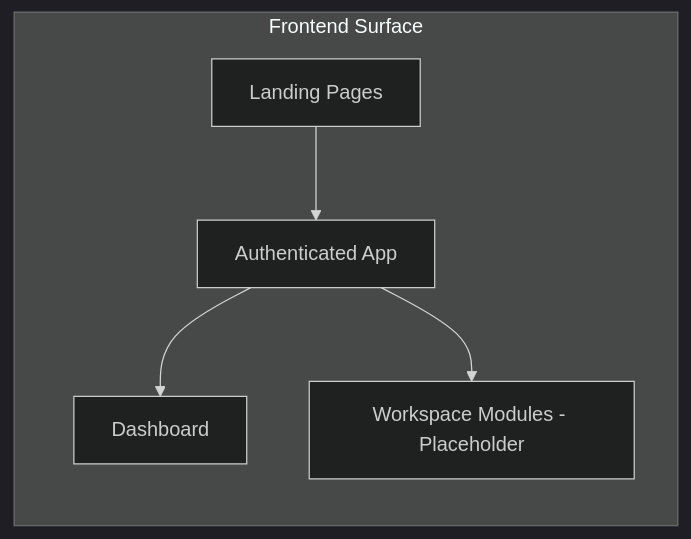
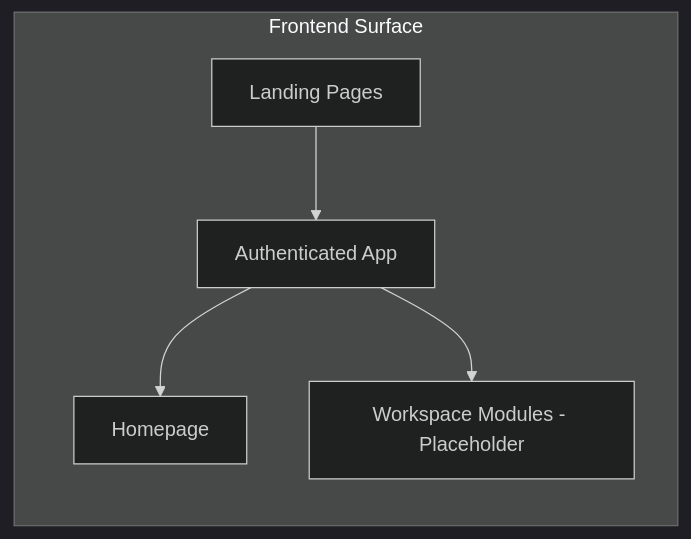
Before and after one commit to manojb-ai/tradeevidence-web: the third of 14 diagrams in docs/03-Architecture.md, drawn with Mermaid (dark theme). The commit also changed other lines of this file and 26 other files, not shown here.

````diff
--- a/docs/03-Architecture.md
+++ b/docs/03-Architecture.md
@@ -50,13 +58,13 @@
 ```mermaid
 flowchart LR
     subgraph Frontend[Frontend Surface]
         Landing[Landing Pages]
         App[Authenticated App]
-        Dash[Dashboard]
+        Dash[Homepage]
         Modules[Workspace Modules - Placeholder]
     end
 
     Landing --> App
     App --> Dash
     App --> Modules
 ```
````
